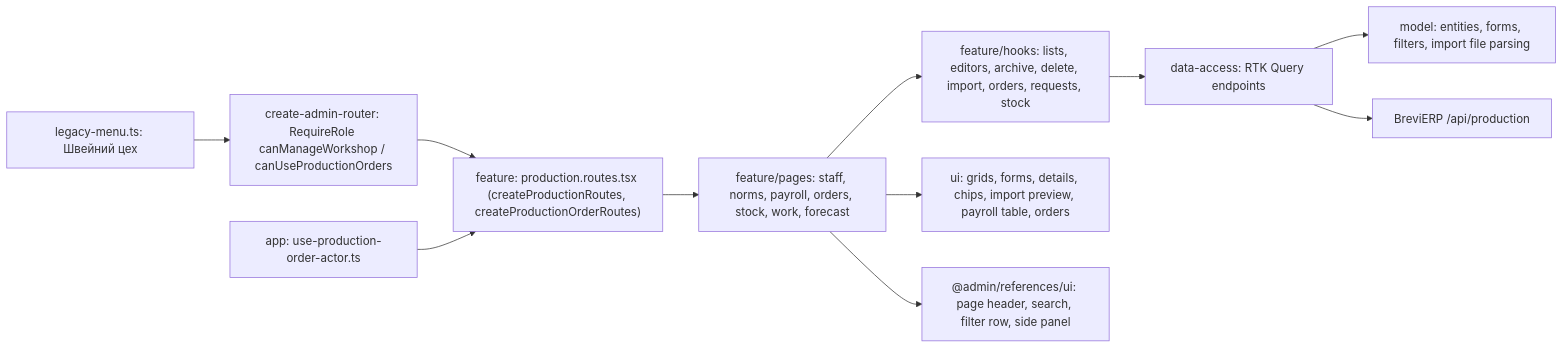
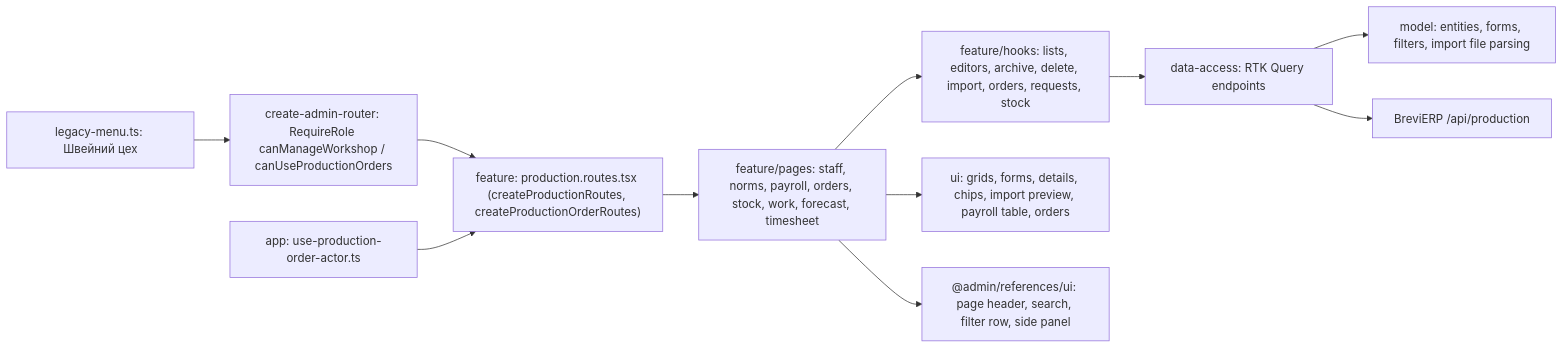
The diagram in docs/features/admin/production.md (Weretik/brevi-web), drawn with Mermaid before and after one commit. The commit also changed other lines of this file and 46 other files, not shown here.

````diff
--- a/docs/features/admin/production.md
+++ b/docs/features/admin/production.md
@@ -19,13 +21,13 @@
 ```mermaid
 flowchart LR
   Menu["legacy-menu.ts: Швейний цех"] --> Router["create-admin-router: RequireRole canManageWorkshop / canUseProductionOrders"]
   Router --> Routes["feature: production.routes.tsx (createProductionRoutes, createProductionOrderRoutes)"]
   Actor["app: use-production-order-actor.ts"] --> Routes
-  Routes --> Pages["feature/pages: staff, norms, payroll, orders, stock, work, forecast"]
+  Routes --> Pages["feature/pages: staff, norms, payroll, orders, stock, work, forecast, timesheet"]
   Pages --> Hooks["feature/hooks: lists, editors, archive, delete, import, orders, requests, stock"]
   Pages --> UI["ui: grids, forms, details, chips, import preview, payroll table, orders"]
   Pages --> RefUI["@admin/references/ui: page header, search, filter row, side panel"]
   Hooks --> DataAccess["data-access: RTK Query endpoints"]
   DataAccess --> Model["model: entities, forms, filters, import file parsing"]
   DataAccess --> API["BreviERP /api/production"]
 ```
````
